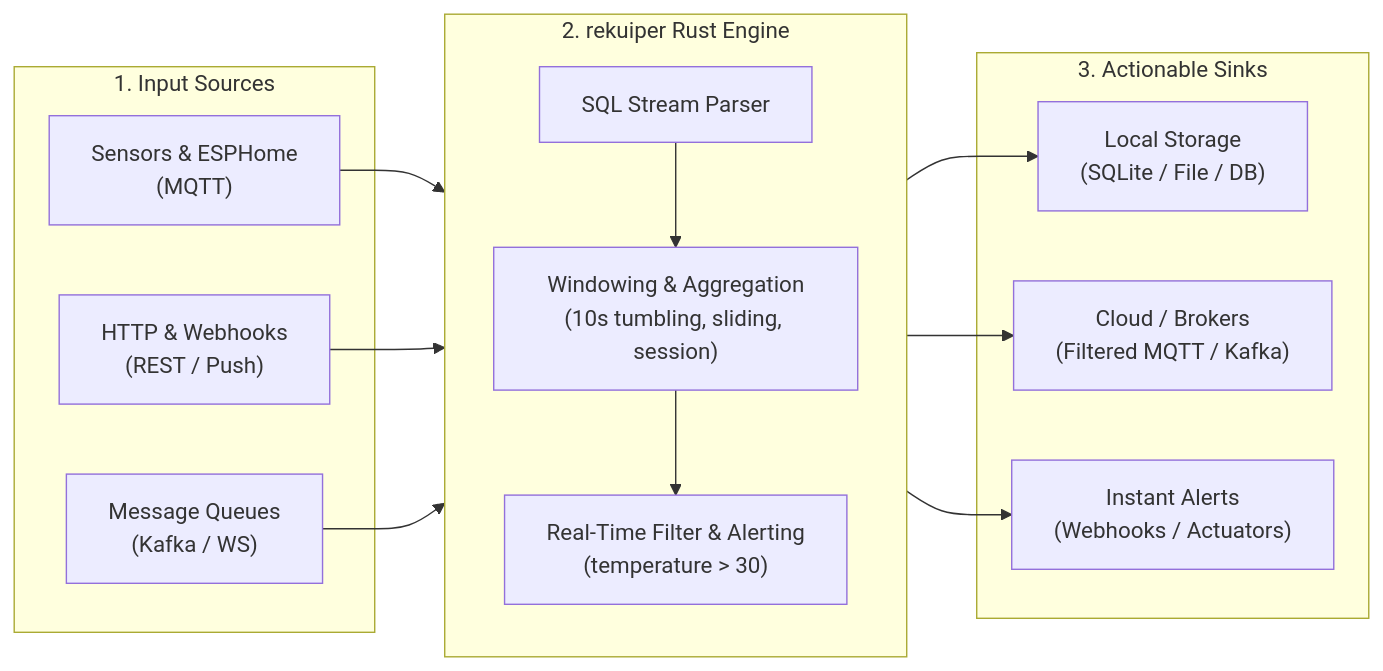
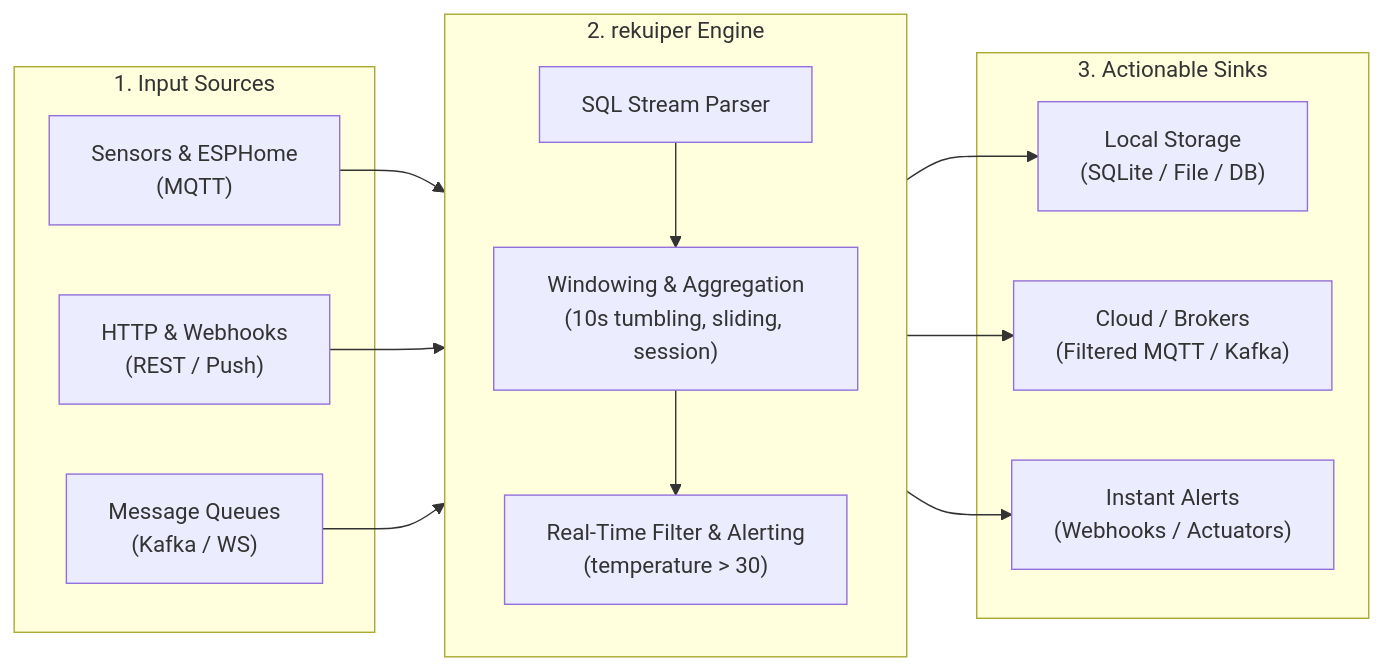
The diagram in docs/en_US/index.md (ankur-paan/rekuiper), drawn with Mermaid before and after one commit. The commit also changed other lines of this file and 49 other files, not shown here.

````diff
--- a/docs/en_US/index.md
+++ b/docs/en_US/index.md
@@ -20,30 +20,30 @@
 ```mermaid
 flowchart LR
     subgraph S["1. Input Sources"]
         S1["Sensors & ESPHome\n(MQTT)"]
         S2["HTTP & Webhooks\n(REST / Push)"]
         S3["Message Queues\n(Kafka / WS)"]
     end
 
-    subgraph E["2. rekuiper Rust Engine"]
+    subgraph E["2. rekuiper Engine"]
         direction TB
         E1["SQL Stream Parser"]
         E2["Windowing & Aggregation\n(10s tumbling, sliding, session)"]
         E3["Real-Time Filter & Alerting\n(temperature > 30)"]
         E1 --> E2 --> E3
     end
 
     subgraph O["3. Actionable Sinks"]
         O1["Local Storage\n(SQLite / File / DB)"]
         O2["Cloud / Brokers\n(Filtered MQTT / Kafka)"]
         O3["Instant Alerts\n(Webhooks / Actuators)"]
     end
 
     S1 --> E1
     S2 --> E1
     S3 --> E1
 
     E3 --> O1
     E3 --> O2
     E3 --> O3
 ```
````
